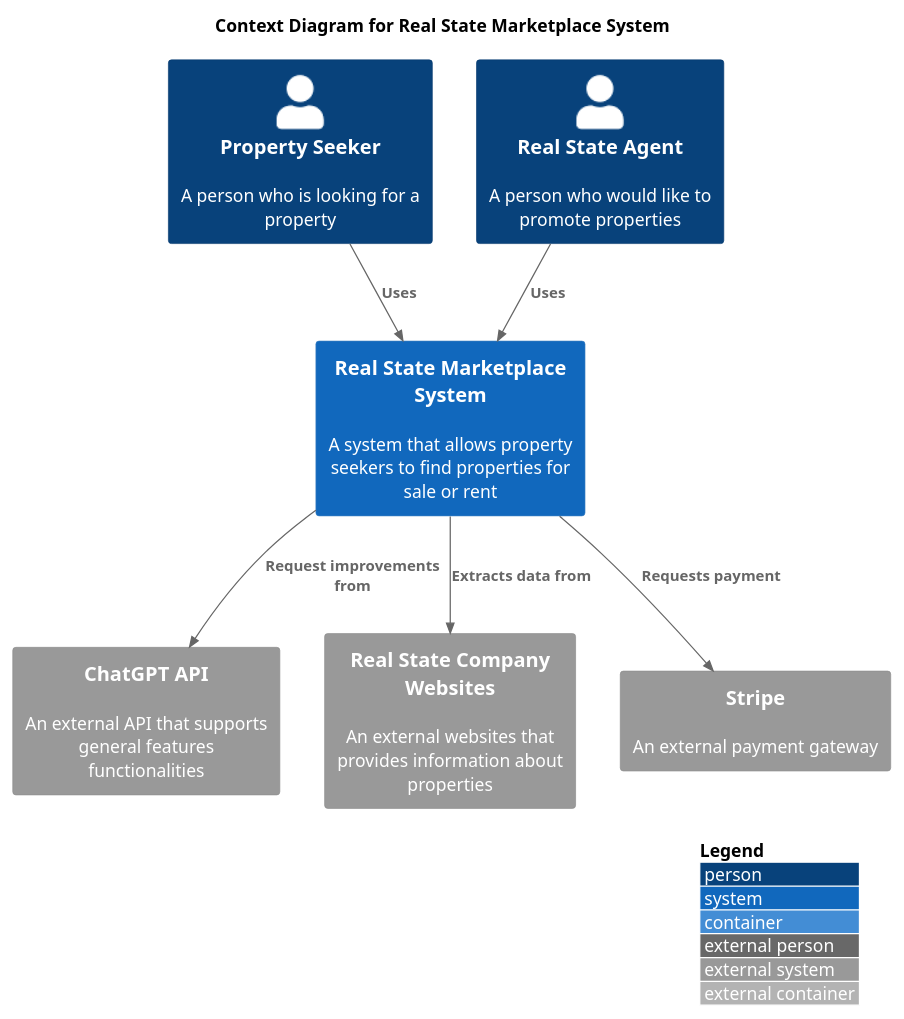
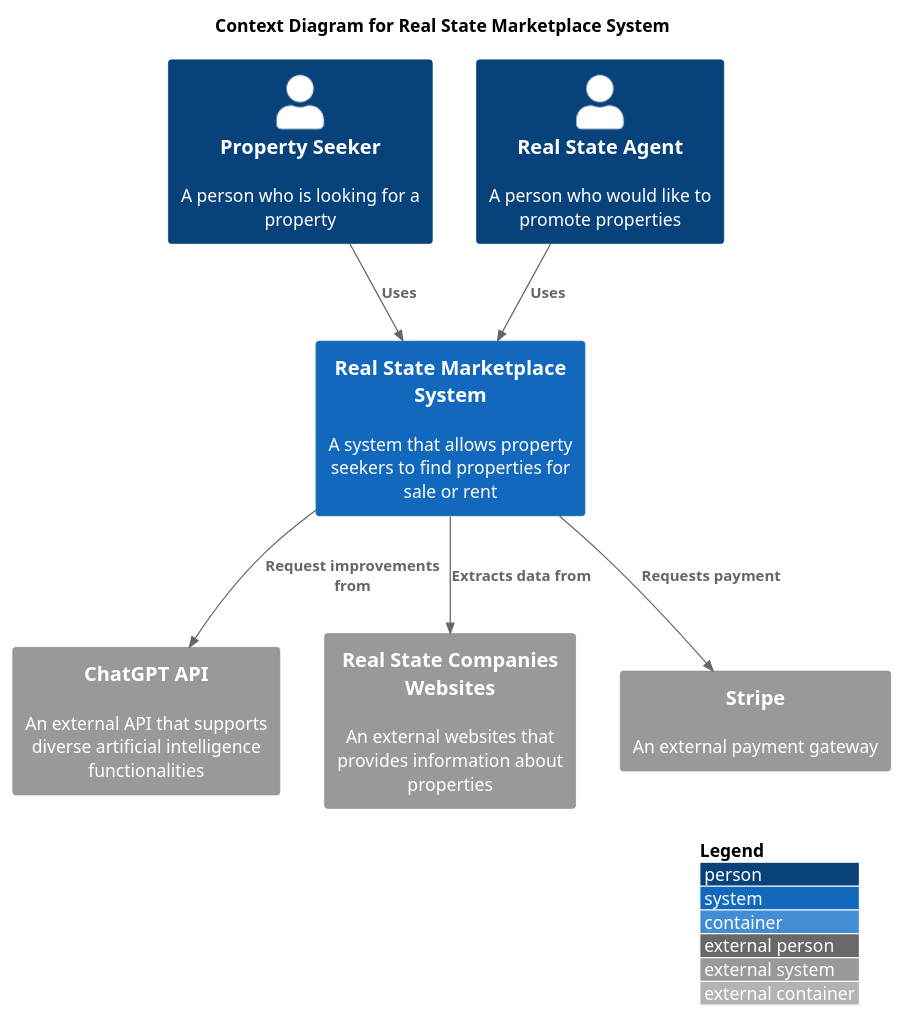
One commit to jtsato/properties-api-netcore changed the diagram in docs/c4-models/01-Context-Diagram.puml. Above: the diagram before and after it, drawn with PlantUML. The commit also changed 1 other file, not shown here.

Commit message:
doc(diagram): refactoring diagrams

```diff
--- a/docs/c4-models/01-Context-Diagram.puml
+++ b/docs/c4-models/01-Context-Diagram.puml
@@ -1,27 +1,27 @@
 @startuml 01-ContextDiagram
 !include <C4/C4_Container>
 
 /' Level 1: System Context diagram
    A System Context diagram is a good starting point for diagramming and documenting a software system, 
    allowing you to step back and see the big picture.
 '/
 
 title "Context Diagram for Real State Marketplace System"
 
 Person(seeker, "Property Seeker", "A person who is looking for a property")
 Person(agent, "Real State Agent", "A person who would like to promote properties")
 
 System(realState, "Real State Marketplace System", "A system that allows property seekers to find properties for sale or rent")
-System_Ext(chatGpt, "ChatGPT API", "An external API that supports general features functionalities")
-System_Ext(websites, "Real State Company Websites", "An external websites that provides information about properties")
+System_Ext(chatGpt, "ChatGPT API", "An external API that supports diverse artificial intelligence functionalities")
+System_Ext(websites, "Real State Companies Websites", "An external websites that provides information about properties")
 System_Ext(stripe, "Stripe", "An external payment gateway")
 
 Rel(seeker, realState, "Uses")
 Rel(agent, realState, "Uses")
 Rel(realState, chatGpt, "Request improvements from")
 Rel(realState, websites, "Extracts data from")
 Rel(realState, stripe, "Requests payment")
 
 LAYOUT_WITH_LEGEND()
 
 @enduml
```
